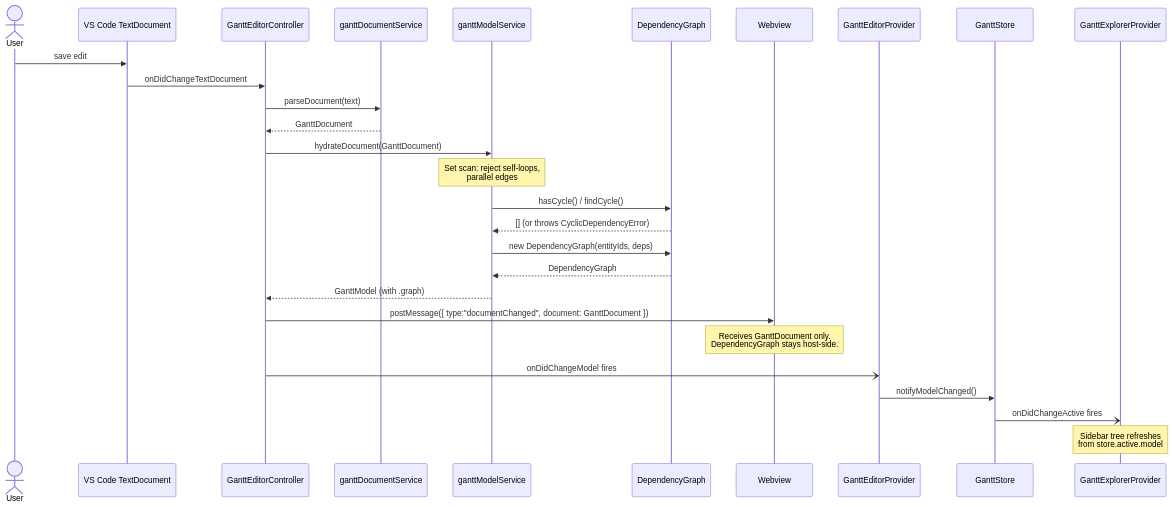
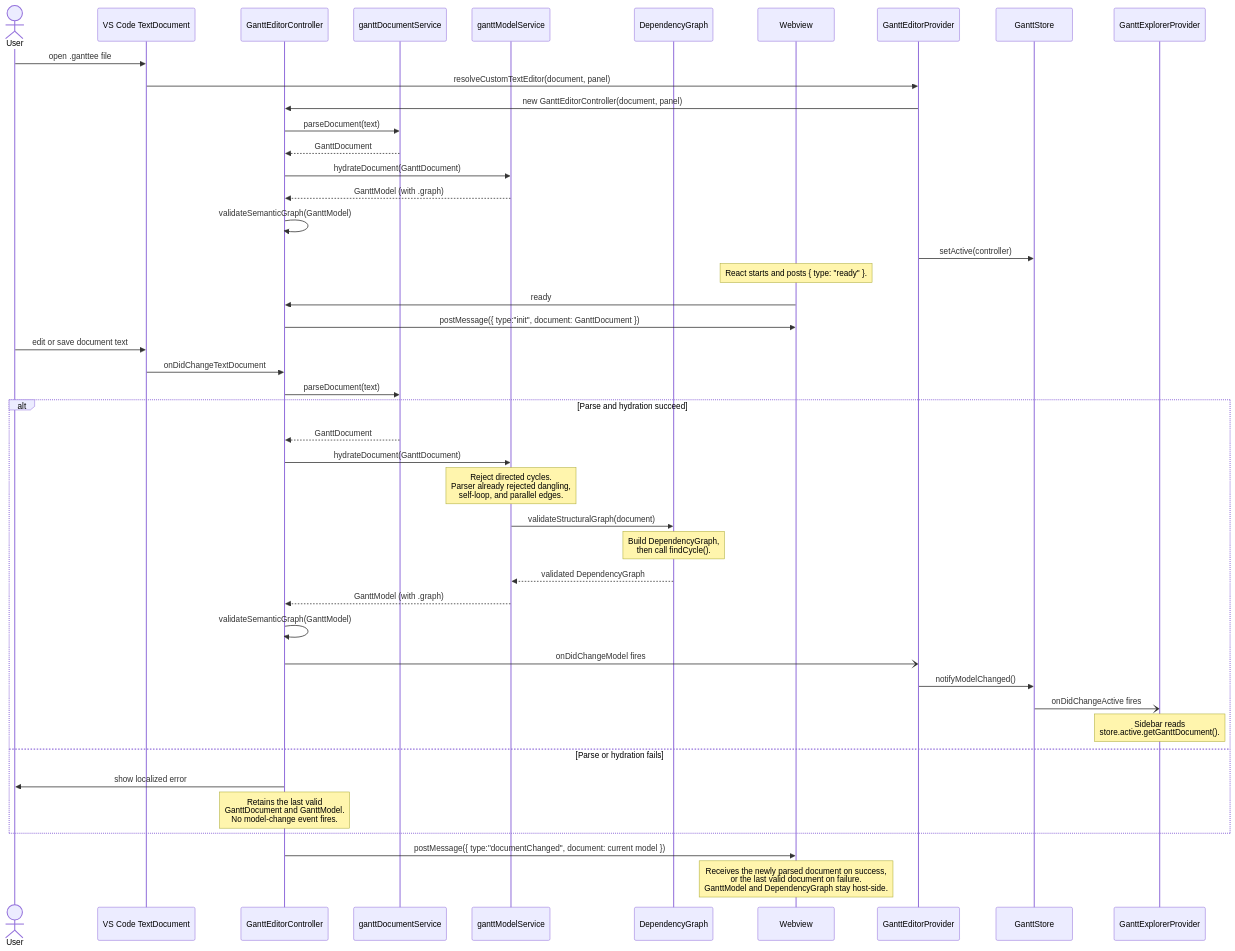
The second of 3 diagrams in docs/documentation/gantt-model-hydration.md (sergehas/ganttee), drawn with Mermaid before and after one commit. The commit also changed other lines of this file and 16 other files, not shown here.

First line of the commit message:
feat(test): enhance dependency graph validation + task constraint tests

````diff
--- a/docs/documentation/gantt-model-hydration.md
+++ b/docs/documentation/gantt-model-hydration.md
@@ -82,35 +88,52 @@
 ```mermaid
 sequenceDiagram
     actor User
     participant VSC as VS Code TextDocument
     participant Ctrl as GanttEditorController
     participant Parse as ganttDocumentService
     participant Hydrate as ganttModelService
     participant DG as DependencyGraph
     participant WV as Webview
     participant Prov as GanttEditorProvider
     participant Store as GanttStore
     participant Tree as GanttExplorerProvider
 
-    User->>VSC: save edit
+    User->>VSC: open .ganttee file
+    VSC->>Prov: resolveCustomTextEditor(document, panel)
+    Prov->>Ctrl: new GanttEditorController(document, panel)
+    Ctrl->>Parse: parseDocument(text)
+    Parse-->>Ctrl: GanttDocument
+    Ctrl->>Hydrate: hydrateDocument(GanttDocument)
+    Hydrate-->>Ctrl: GanttModel (with .graph)
+    Ctrl->>Ctrl: validateSemanticGraph(GanttModel)
+    Prov->>Store: setActive(controller)
+
+    Note over WV: React starts and posts { type: "ready" }.
+    WV->>Ctrl: ready
+    Ctrl->>WV: postMessage({ type:"init", document: GanttDocument })
+
+    User->>VSC: edit or save document text
     VSC->>Ctrl: onDidChangeTextDocument
 
     Ctrl->>Parse: parseDocument(text)
-    Parse-->>Ctrl: GanttDocument
+    alt Parse and hydration succeed
+      Parse-->>Ctrl: GanttDocument
+      Ctrl->>Hydrate: hydrateDocument(GanttDocument)
+      Note over Hydrate: Reject directed cycles.<br/>Parser already rejected dangling,<br/>self-loop, and parallel edges.
+      Hydrate->>DG: validateStructuralGraph(document)
+      Note over DG: Build DependencyGraph,<br/>then call findCycle().
+      DG-->>Hydrate: validated DependencyGraph
+      Hydrate-->>Ctrl: GanttModel (with .graph)
+      Ctrl->>Ctrl: validateSemanticGraph(GanttModel)
+      Ctrl-)Prov: onDidChangeModel fires
+      Prov->>Store: notifyModelChanged()
+      Store-)Tree: onDidChangeActive fires
+      Note over Tree: Sidebar reads<br/>store.active.getGanttDocument().
+    else Parse or hydration fails
+      Ctrl->>User: show localized error
+      Note over Ctrl: Retains the last valid<br/>GanttDocument and GanttModel.<br/>No model-change event fires.
+    end
 
-    Ctrl->>Hydrate: hydrateDocument(GanttDocument)
-    Note over Hydrate: Set scan: reject self-loops,<br/>parallel edges
-    Hydrate->>DG: hasCycle() / findCycle()
-    DG-->>Hydrate: [] (or throws CyclicDependencyError)
-    Hydrate->>DG: new DependencyGraph(entityIds, deps)
-    DG-->>Hydrate: DependencyGraph
-    Hydrate-->>Ctrl: GanttModel (with .graph)
-
-    Ctrl->>WV: postMessage({ type:"documentChanged", document: GanttDocument })
-    Note over WV: Receives GanttDocument only.<br/>DependencyGraph stays host-side.
-
-    Ctrl-)Prov: onDidChangeModel fires
-    Prov->>Store: notifyModelChanged()
-    Store-)Tree: onDidChangeActive fires
-    Note over Tree: Sidebar tree refreshes<br/>from store.active.model
+    Ctrl->>WV: postMessage({ type:"documentChanged", document: current model })
+    Note over WV: Receives the newly parsed document on success,<br/>or the last valid document on failure.<br/>GanttModel and DependencyGraph stay host-side.
 ```
````
